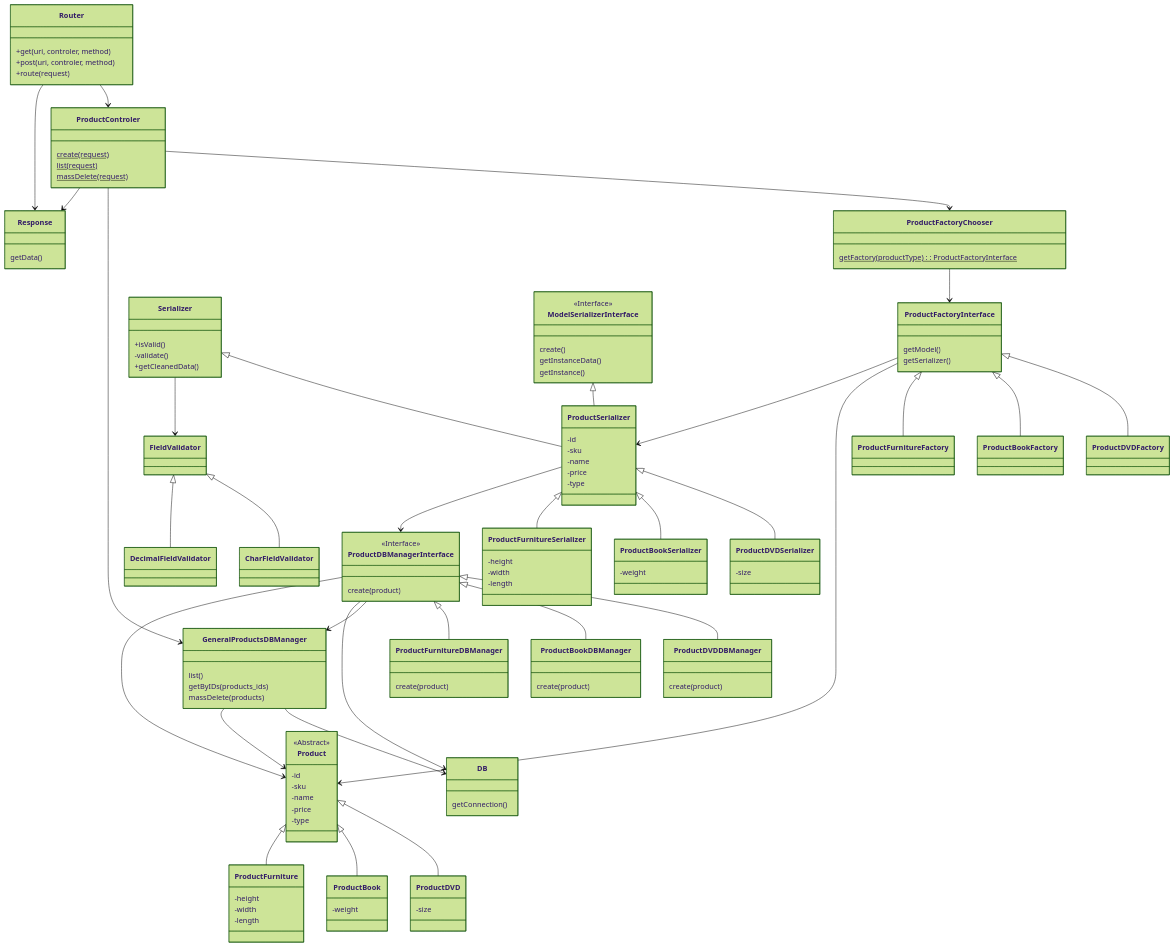
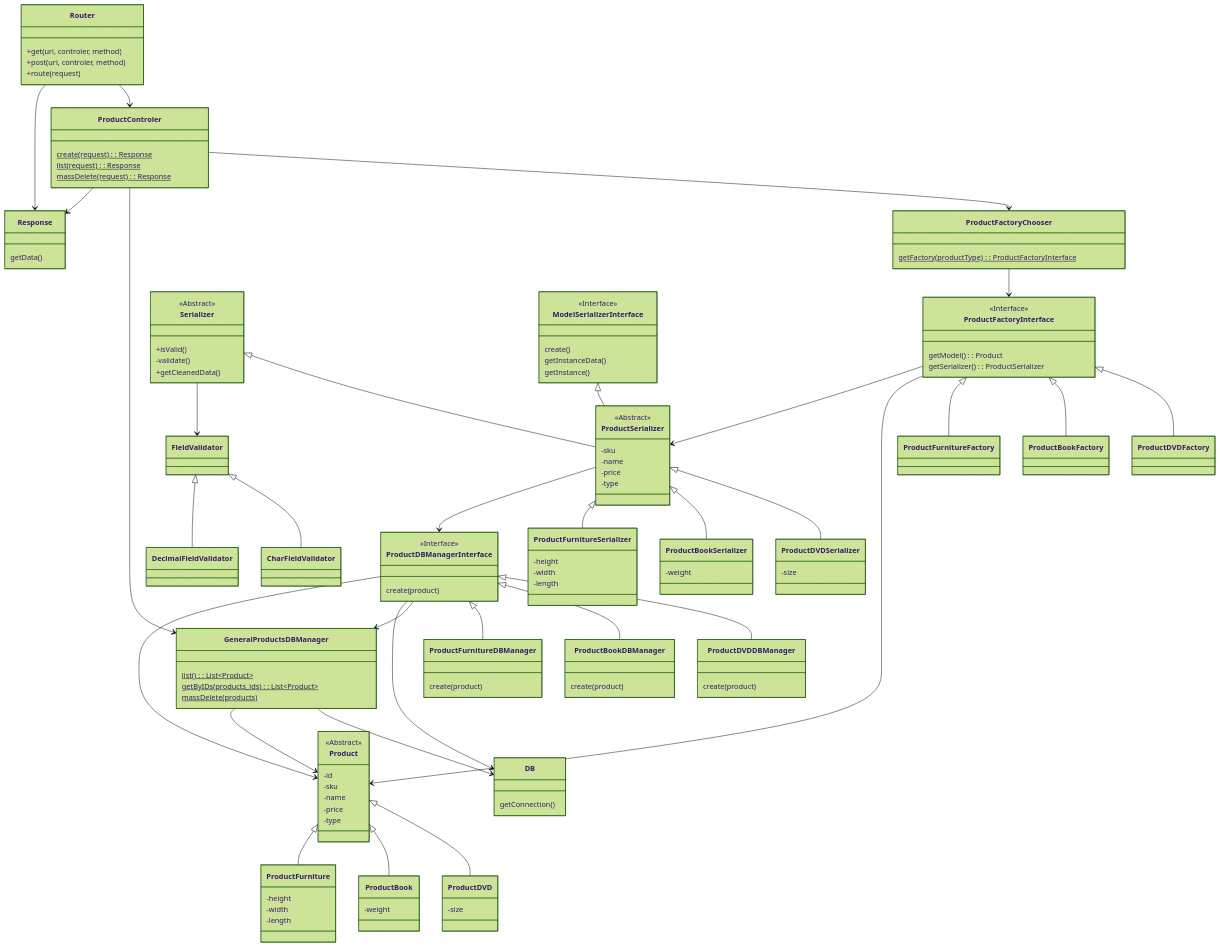
Before and after one commit to laercioigorps/scandiweb-awesome-ecommerce-backend: the diagram in docs/class.md, drawn with Mermaid (forest theme).

Commit message:
update class diagram

```diff
--- a/docs/class.md
+++ b/docs/class.md
@@ -33,16 +33,17 @@
     ProductDBManagerInterface --> Product
 
     class ProductControler{
-        create(request)$
-        list(request)$
-        massDelete(request)$
+        create(request)$ : Response
+        list(request)$ : Response 
+        massDelete(request)$ : Response
     }
     class ProductFactoryChooser{
         getFactory(productType)$ : ProductFactoryInterface
     }
     class ProductFactoryInterface{
-        getModel()
-        getSerializer()
+        <<Interface>>
+        getModel() : Product
+        getSerializer() : ProductSerializer
     }
     class ProductDVDFactory{
 
@@ -73,12 +74,13 @@
         -length
     }
     class Serializer{
+        <<Abstract>>
         +isValid()
         -validate()
         +getCleanedData()
     }
     class ProductSerializer{
-        -id
+        <<Abstract>>
         -sku
         -name
         -price
@@ -105,9 +107,9 @@
         getConnection()
     }
     class GeneralProductsDBManager{
-        list()
-        getByIDs(products_ids)
-        massDelete(products)
+        list()$ : List~Product~
+        getByIDs(products_ids)$ : List~Product~
+        massDelete(products)$
     }
 
     class ProductDBManagerInterface{
```
